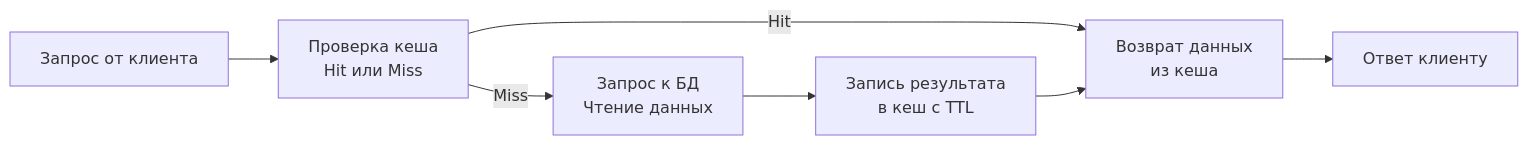
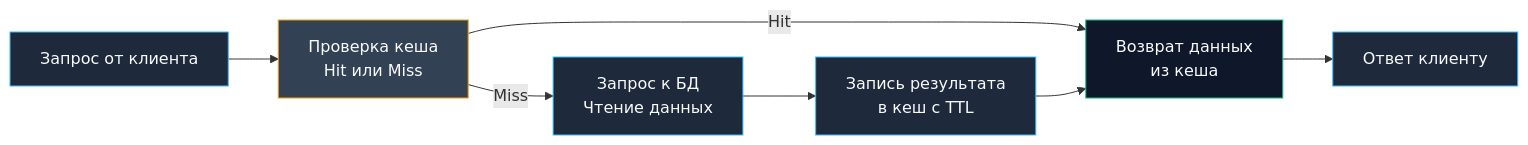
The diagram in sources/9. Бэкенд на Go (Практика разработки)/24. Кеширование.md (UnrealTemplier/go-textbook), drawn with Mermaid before and after one commit. The commit also changed other lines of this file, not shown here.

Commit message:
feat(module-09): editorial rewrite of lecture 24 in Kernighan style

````diff
--- a/sources/9. Бэкенд на Go (Практика разработки)/24. Кеширование.md
+++ b/sources/9. Бэкенд на Go (Практика разработки)/24. Кеширование.md
@@ -13,9 +17,16 @@
 ```mermaid
 flowchart LR
     A["Запрос от клиента"] --> B["Проверка кеша<br>Hit или Miss"]
     B -->|Hit| C["Возврат данных<br>из кеша"]
     B -->|Miss| D["Запрос к БД<br>Чтение данных"]
     D --> E["Запись результата<br>в кеш с TTL"]
     E --> C
     C --> F["Ответ клиенту"]
+
+    classDef normal fill:#1e293b,stroke:#38bdf8,color:#f8fafc;
+    classDef decision fill:#334155,stroke:#f59e0b,color:#f8fafc;
+    classDef hit fill:#0f172a,stroke:#10b981,color:#f8fafc;
+    class A,D,E,F normal;
+    class B decision;
+    class C hit;
 ```
````
